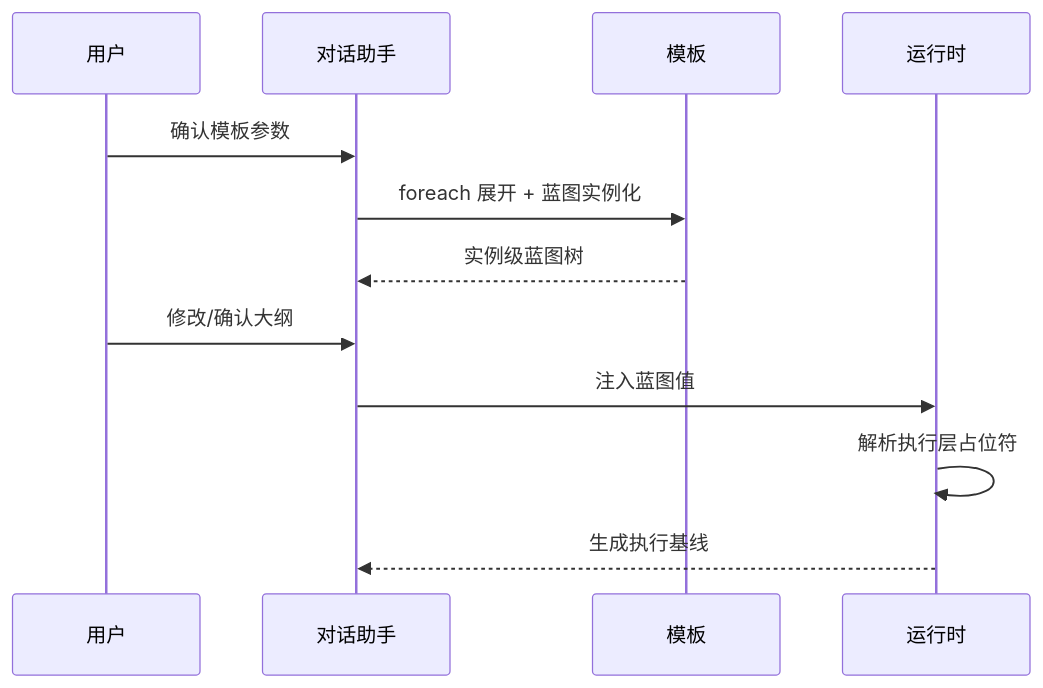
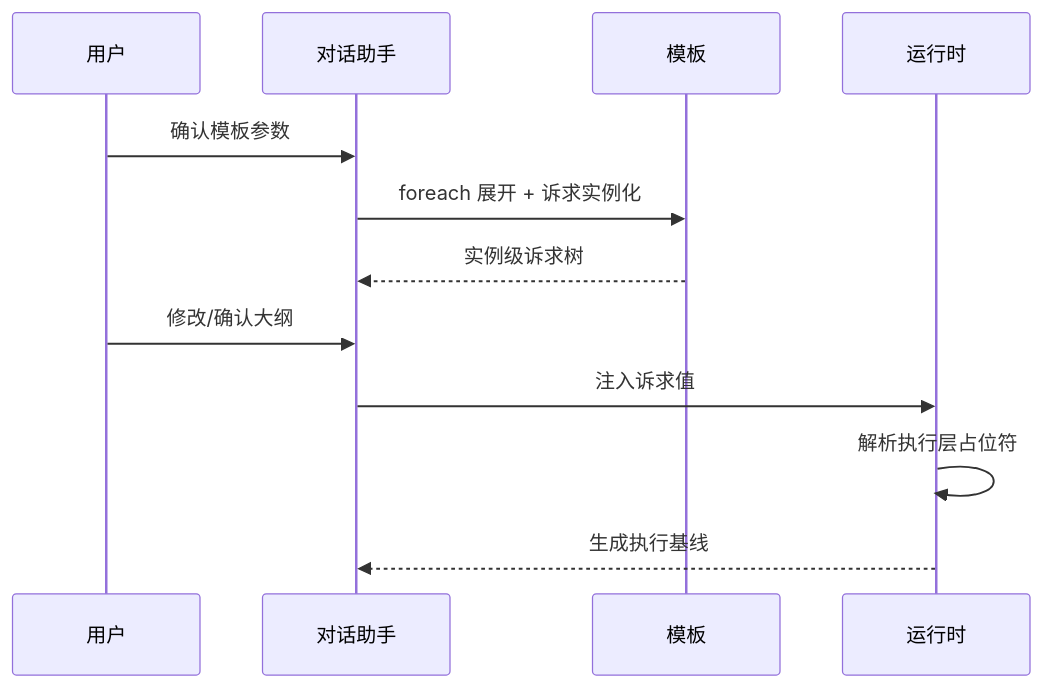
Before and after one commit to shel447/ReportSystem: the diagram in design/design_template.md, drawn with Mermaid. The commit also changed other lines of this file and 10 other files, not shown here.

````diff
--- a/design/design_template.md
+++ b/design/design_template.md
@@ -267,15 +536,15 @@
 ```mermaid
 sequenceDiagram
     participant User as 用户
     participant Chat as 对话助手
     participant Template as 模板
     participant Runtime as 运行时
 
     User->>Chat: 确认模板参数
-    Chat->>Template: foreach 展开 + 蓝图实例化
-    Template-->>Chat: 实例级蓝图树
+    Chat->>Template: foreach 展开 + 诉求实例化
+    Template-->>Chat: 实例级诉求树
     User->>Chat: 修改/确认大纲
-    Chat->>Runtime: 注入蓝图值
+    Chat->>Runtime: 注入诉求值
     Runtime->>Runtime: 解析执行层占位符
     Runtime-->>Chat: 生成执行基线
 ```
````
